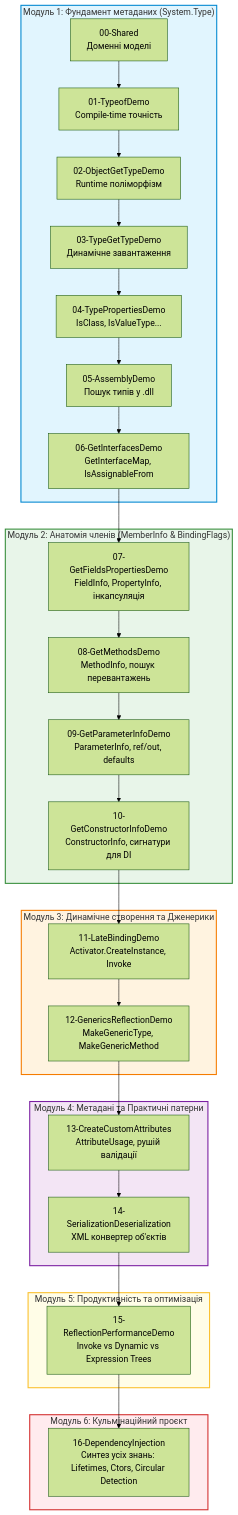
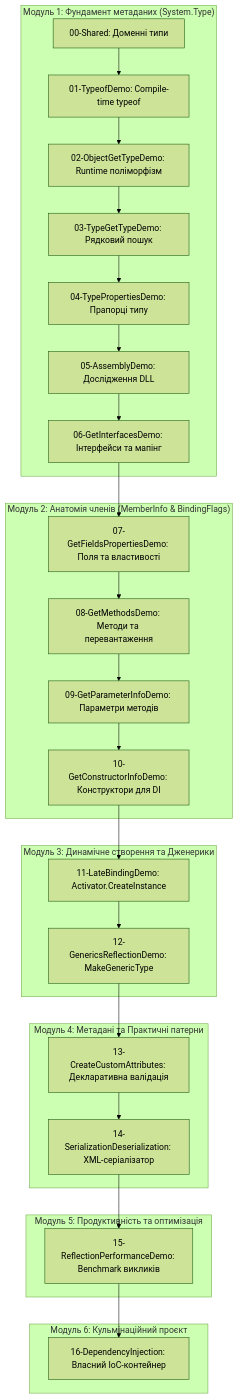
Before and after one commit to MrTomkaYurii/CSharp-OOP-Mastery: the diagram in 06-Advanced-DotNet/02-Reflection-And-Metadata/Docs/00_Curriculum_And_Roadmap.md, drawn with Mermaid (forest theme). The commit also changed other lines of this file and 7 other files, not shown here.

````diff
--- a/06-Advanced-DotNet/02-Reflection-And-Metadata/Docs/00_Curriculum_And_Roadmap.md
+++ b/06-Advanced-DotNet/02-Reflection-And-Metadata/Docs/00_Curriculum_And_Roadmap.md
@@ -43,43 +42,36 @@
 ```mermaid
 flowchart TD
     subgraph M1["Модуль 1: Фундамент метаданих (System.Type)"]
-        S0["00-Shared<br/>Доменні моделі"] --> S1["01-TypeofDemo<br/>Compile-time точність"]
-        S1 --> S2["02-ObjectGetTypeDemo<br/>Runtime поліморфізм"]
-        S2 --> S3["03-TypeGetTypeDemo<br/>Динамічне завантаження"]
-        S3 --> S4["04-TypePropertiesDemo<br/>IsClass, IsValueType..."]
-        S4 --> S5["05-AssemblyDemo<br/>Пошук типів у .dll"]
-        S5 --> S6["06-GetInterfacesDemo<br/>GetInterfaceMap, IsAssignableFrom"]
+        S0["00-Shared: Доменні типи"] --> S1["01-TypeofDemo: Compile-time typeof"]
+        S1 --> S2["02-ObjectGetTypeDemo: Runtime поліморфізм"]
+        S2 --> S3["03-TypeGetTypeDemo: Рядковий пошук"]
+        S3 --> S4["04-TypePropertiesDemo: Прапорці типу"]
+        S4 --> S5["05-AssemblyDemo: Дослідження DLL"]
+        S5 --> S6["06-GetInterfacesDemo: Інтерфейси та мапінг"]
     end
 
     subgraph M2["Модуль 2: Анатомія членів (MemberInfo & BindingFlags)"]
-        S6 --> S7["07-GetFieldsPropertiesDemo<br/>FieldInfo, PropertyInfo, інкапсуляція"]
-        S7 --> S8["08-GetMethodsDemo<br/>MethodInfo, пошук перевантажень"]
-        S8 --> S9["09-GetParameterInfoDemo<br/>ParameterInfo, ref/out, defaults"]
-        S9 --> S10["10-GetConstructorInfoDemo<br/>ConstructorInfo, сигнатури для DI"]
+        S6 --> S7["07-GetFieldsPropertiesDemo: Поля та властивості"]
+        S7 --> S8["08-GetMethodsDemo: Методи та перевантаження"]
+        S8 --> S9["09-GetParameterInfoDemo: Параметри методів"]
+        S9 --> S10["10-GetConstructorInfoDemo: Конструктори для DI"]
     end
 
     subgraph M3["Модуль 3: Динамічне створення та Дженерики"]
-        S10 --> S11["11-LateBindingDemo<br/>Activator.CreateInstance, Invoke"]
-        S11 --> S12["12-GenericsReflectionDemo<br/>MakeGenericType, MakeGenericMethod"]
+        S10 --> S11["11-LateBindingDemo: Activator.CreateInstance"]
+        S11 --> S12["12-GenericsReflectionDemo: MakeGenericType"]
     end
 
     subgraph M4["Модуль 4: Метадані та Практичні патерни"]
-        S12 --> S13["13-CreateCustomAttributes<br/>AttributeUsage, рушій валідації"]
-        S13 --> S14["14-SerializationDeserialization<br/>XML конвертер об'єктів"]
+        S12 --> S13["13-CreateCustomAttributes: Декларативна валідація"]
+        S13 --> S14["14-SerializationDeserialization: XML-серіалізатор"]
     end
 
     subgraph M5["Модуль 5: Продуктивність та оптимізація"]
-        S14 --> S15["15-ReflectionPerformanceDemo<br/>Invoke vs Dynamic vs Expression Trees"]
+        S14 --> S15["15-ReflectionPerformanceDemo: Benchmark викликів"]
     end
 
     subgraph M6["Модуль 6: Кульмінаційний проєкт"]
-        S15 --> S16["16-DependencyInjection<br/>Синтез усіх знань: Lifetimes, Ctors, Circular Detection"]
+        S15 --> S16["16-DependencyInjection: Власний IoC-контейнер"]
     end
-
-    style M1 fill:#e1f5fe,stroke:#0288d1,stroke-width:2px
-    style M2 fill:#e8f5e9,stroke:#388e3c,stroke-width:2px
-    style M3 fill:#fff3e0,stroke:#f57c00,stroke-width:2px
-    style M4 fill:#f3e5f5,stroke:#7b1fa2,stroke-width:2px
-    style M5 fill:#fffde7,stroke:#fbc02d,stroke-width:2px
-    style M6 fill:#ffebee,stroke:#d32f2f,stroke-width:2px
 ```
````
